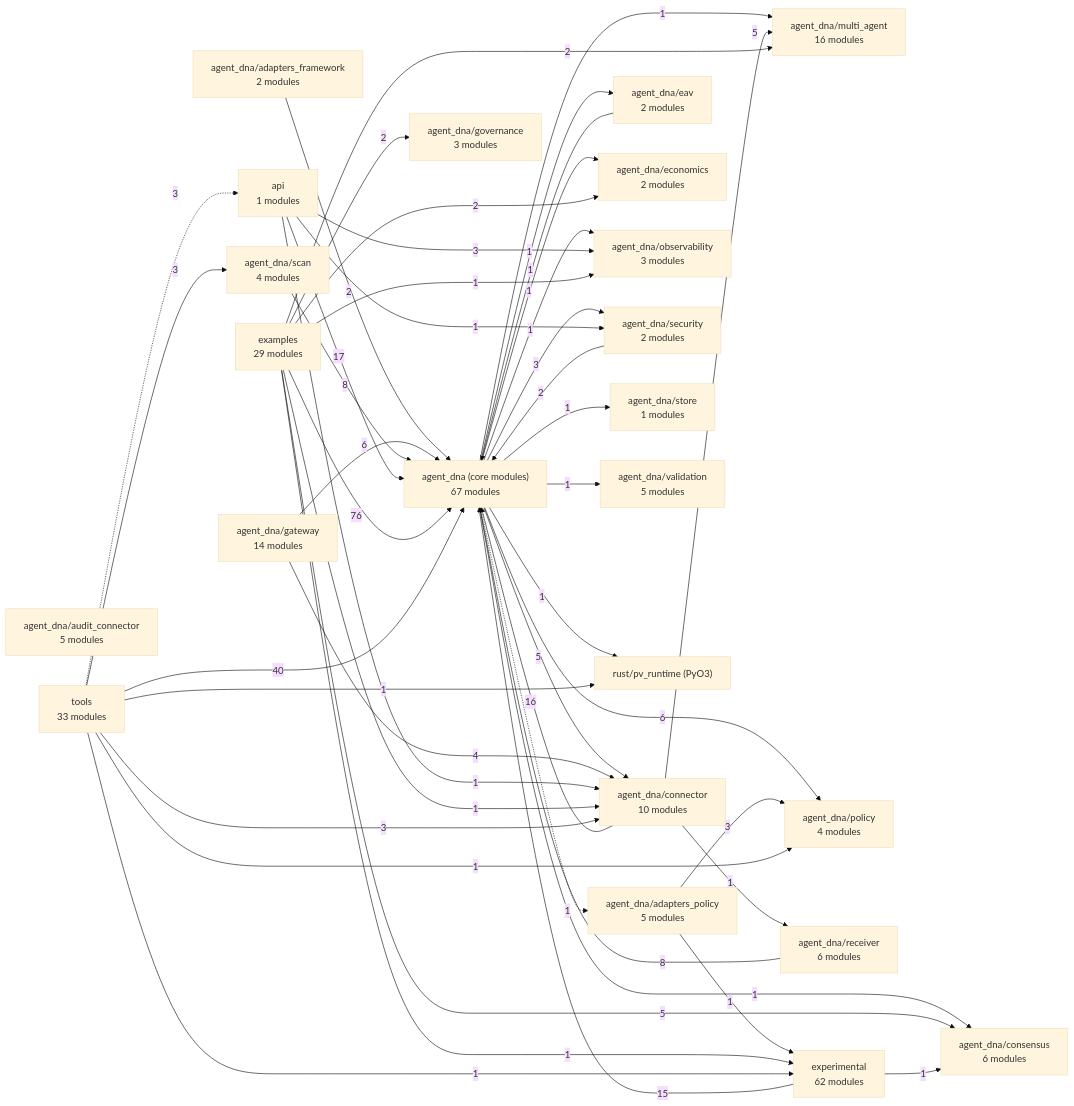
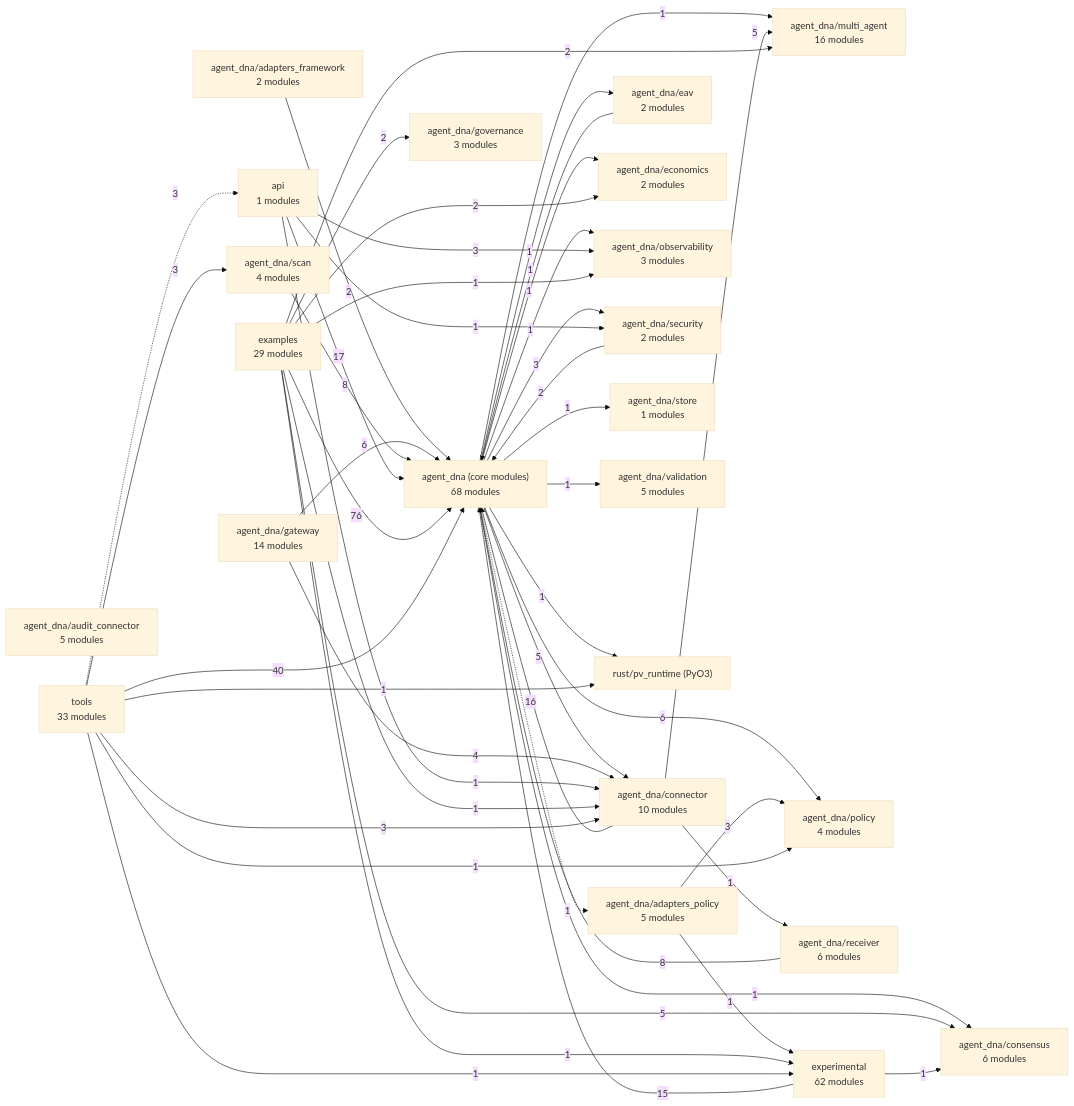
The diagram in docs/architecture/MAP.md (LOLA0786/privatevault-agent-dna), drawn with Mermaid (base theme) before and after one commit. The commit also changed other lines of this file and 14 other files, not shown here.

````diff
--- a/docs/architecture/MAP.md
+++ b/docs/architecture/MAP.md
@@ -7,71 +7,71 @@
 ```mermaid
 flowchart LR
-  n0["agent_dna (core modules)<br/>67 modules"]
+  n0["agent_dna (core modules)<br/>68 modules"]
   n1["agent_dna/adapters_framework<br/>2 modules"]
   n2["agent_dna/adapters_policy<br/>5 modules"]
   n3["agent_dna/audit_connector<br/>5 modules"]
   n4["agent_dna/connector<br/>10 modules"]
   n5["agent_dna/consensus<br/>6 modules"]
   n6["agent_dna/eav<br/>2 modules"]
   n7["agent_dna/economics<br/>2 modules"]
   n8["agent_dna/gateway<br/>14 modules"]
   n9["agent_dna/governance<br/>3 modules"]
   n10["agent_dna/multi_agent<br/>16 modules"]
   n11["agent_dna/observability<br/>3 modules"]
   n12["agent_dna/policy<br/>4 modules"]
   n13["agent_dna/receiver<br/>6 modules"]
   n14["agent_dna/scan<br/>4 modules"]
   n15["agent_dna/security<br/>2 modules"]
   n16["agent_dna/store<br/>1 modules"]
   n17["agent_dna/validation<br/>5 modules"]
   n18["api<br/>1 modules"]
   n19["examples<br/>29 modules"]
   n20["experimental<br/>62 modules"]
   n21["rust/pv_runtime (PyO3)"]
   n22["tools<br/>33 modules"]
   n0 -.->|1| n2
   n0 -->|5| n4
   n0 -->|1| n5
   n0 -->|1| n6
   n0 -->|1| n7
   n0 -->|1| n10
   n0 -->|1| n11
   n0 -->|6| n12
   n0 -->|3| n15
   n0 -->|1| n16
   n0 -->|1| n17
   n0 -->|1| n21
   n1 -->|2| n0
   n2 -->|3| n12
   n2 -->|1| n20
   n4 -->|16| n0
   n4 -->|5| n10
   n4 -->|1| n13
   n6 -->|1| n0
   n8 -->|6| n0
   n8 -->|4| n4
   n13 -->|8| n0
   n14 -->|8| n0
   n15 -->|2| n0
   n18 -->|17| n0
   n18 -->|1| n4
   n18 -->|3| n11
   n18 -->|1| n15
   n19 -->|76| n0
   n19 -->|1| n4
   n19 -->|5| n5
   n19 -->|2| n7
   n19 -->|2| n9
   n19 -->|2| n10
   n19 -->|1| n11
   n19 -->|1| n20
   n20 -->|15| n0
   n20 -->|1| n5
   n22 -->|40| n0
   n22 -->|3| n4
   n22 -->|1| n12
   n22 -->|3| n14
   n22 -.->|3| n18
   n22 -->|1| n20
   n22 -->|1| n21
 ```
````
